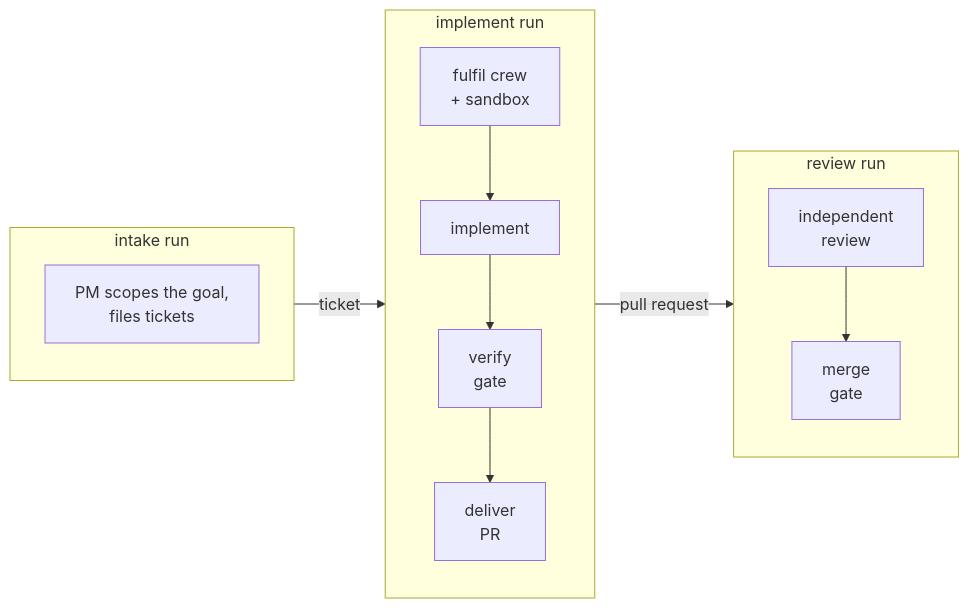
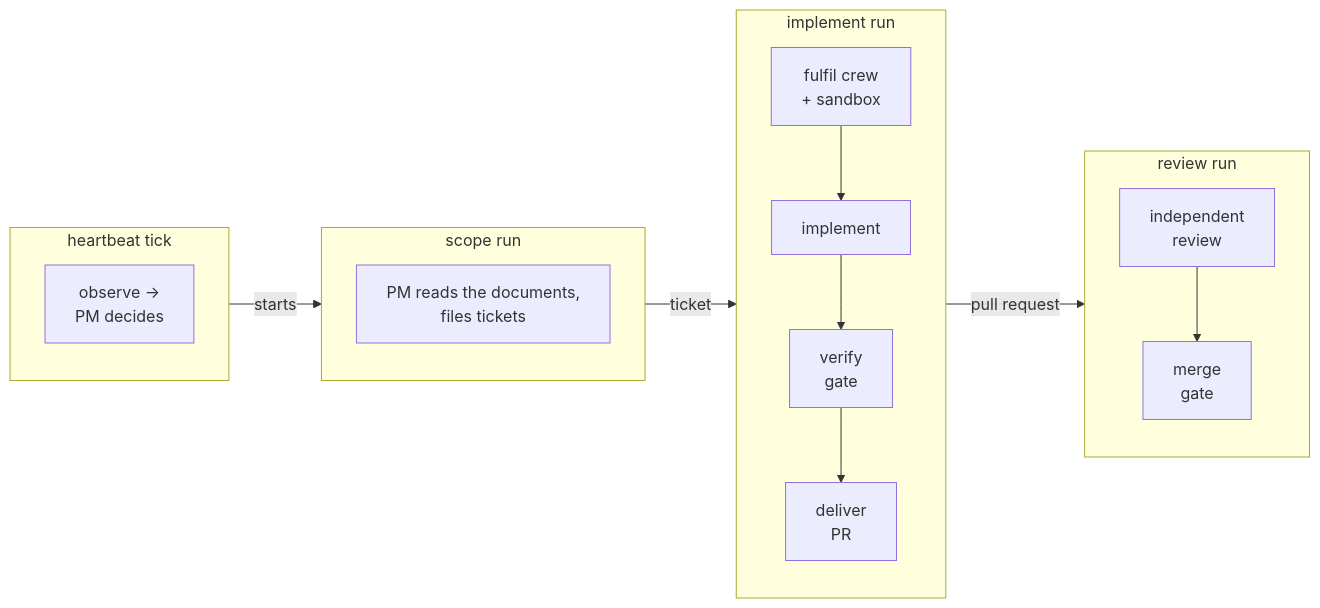
Before and after one commit to mathbrus/poseidon-prototype: the diagram in docs/argument/anatomy.md, drawn with Mermaid. The commit also changed other lines of this file and 28 other files, not shown here.

````diff
--- a/docs/argument/anatomy.md
+++ b/docs/argument/anatomy.md
@@ -12,13 +14,16 @@
 ```mermaid
 flowchart LR
-    subgraph intake ["intake run"]
-        IN["PM scopes the goal,<br/>files tickets"]
+    subgraph heartbeat ["heartbeat tick"]
+        HB["observe →<br/>PM decides"]
+    end
+    subgraph scope ["scope run"]
+        SC["PM reads the documents,<br/>files tickets"]
     end
     subgraph implement ["implement run"]
         FU["fulfil crew<br/>+ sandbox"] --> IM["implement"] --> VG["verify<br/>gate"] --> DE["deliver<br/>PR"]
     end
     subgraph review ["review run"]
         RV["independent<br/>review"] --> MG["merge<br/>gate"]
     end
-    intake -->|ticket| implement -->|pull request| review
+    heartbeat -->|starts| scope -->|ticket| implement -->|pull request| review
 ```
````
